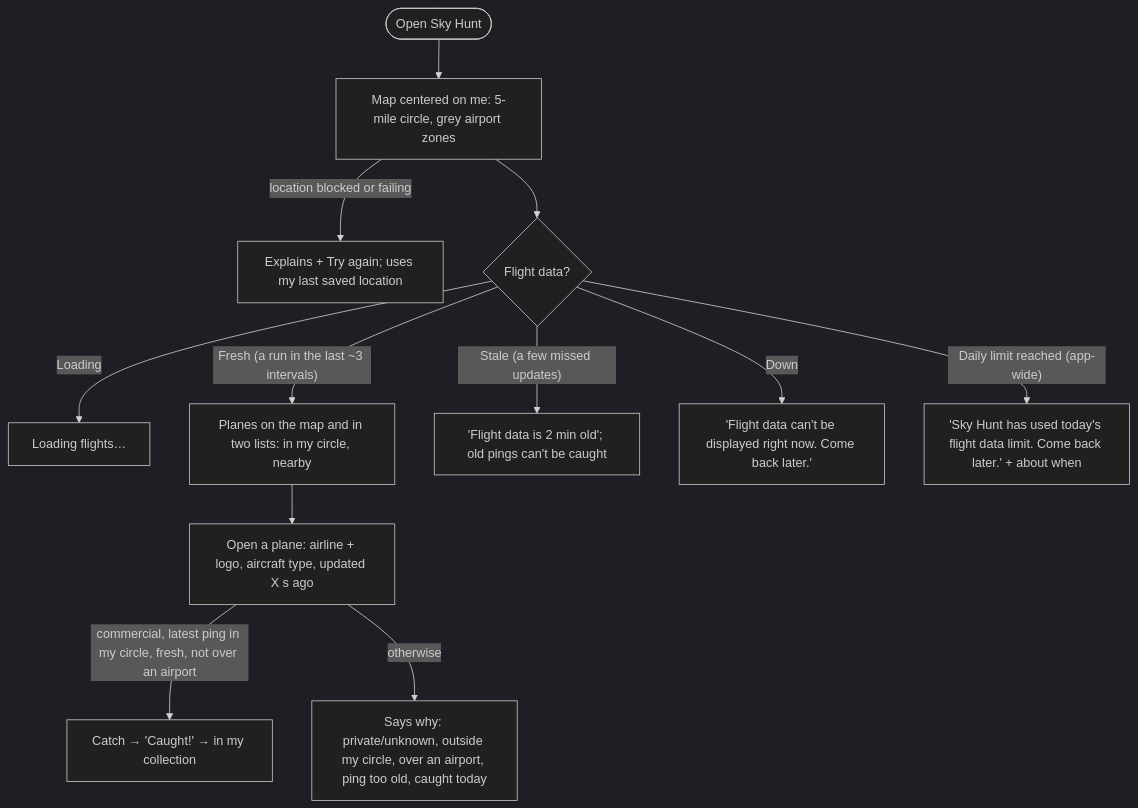
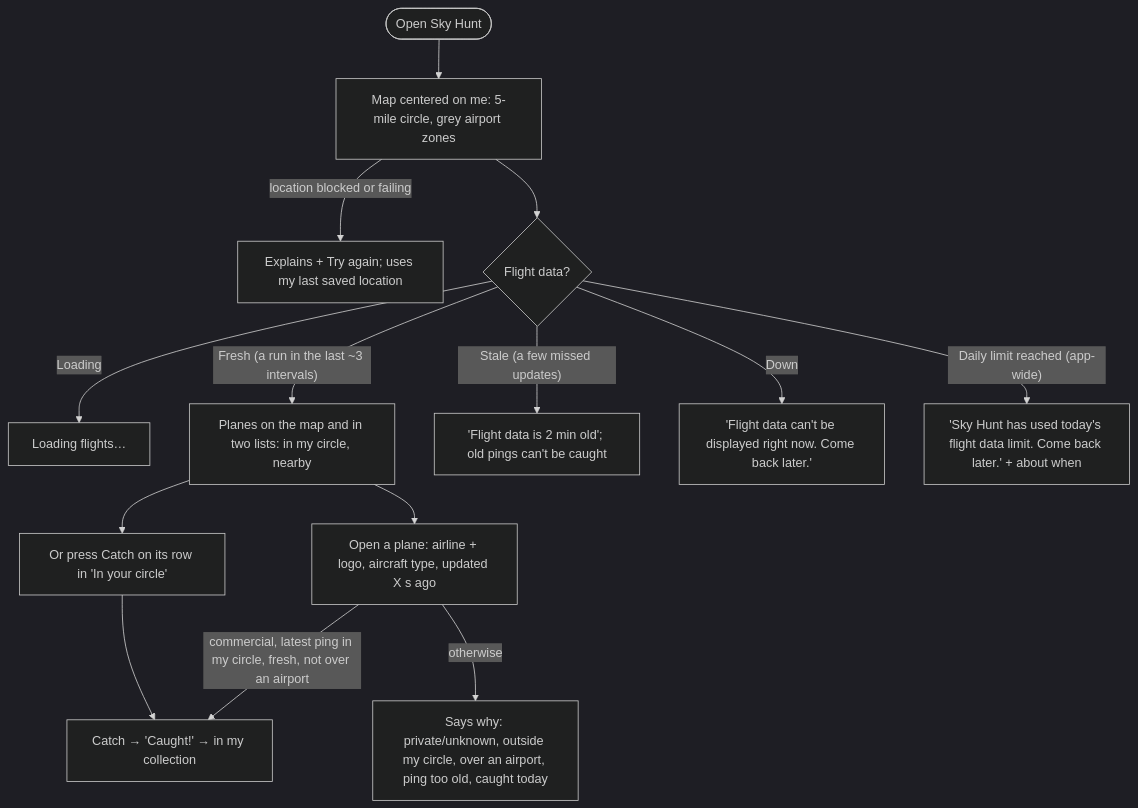
One commit to neilpandya01/hw5-dbs changed the second of 2 diagrams in flows.md. Above: the diagram before and after it, drawn with Mermaid (dark theme). The commit also changed other lines of this file and 2 other files, not shown here.

First line of the commit message:
Catch straight from the In your circle list; nearby list stays view-only

````diff
--- a/flows.md
+++ b/flows.md
@@ -39,14 +39,16 @@
 ```mermaid
 flowchart TD
   A([Open Sky Hunt]) --> R["Map centered on me: 5-mile circle, grey airport zones"]
   R -->|location blocked or failing| P["Explains + Try again; uses my last saved location"]
   R --> F{Flight data?}
   F -- "Loading" --> L["Loading flights…"]
   F -- "Fresh (a run in the last ~3 intervals)" --> M["Planes on the map and in two lists: in my circle, nearby"]
   F -- "Stale (a few missed updates)" --> S["'Flight data is 2 min old'; old pings can't be caught"]
   F -- "Down" --> D["'Flight data can't be displayed right now. Come back later.'"]
   F -- "Daily limit reached (app-wide)" --> X["'Sky Hunt has used today's flight data limit. Come back later.' + about when"]
   M --> O["Open a plane: airline + logo, aircraft type, updated X s ago"]
+  M --> Q["Or press Catch on its row in 'In your circle'"]
+  Q --> C
   O -->|commercial, latest ping in my circle, fresh, not over an airport| C["Catch → 'Caught!' → in my collection"]
   O -->|otherwise| W["Says why: private/unknown, outside my circle, over an airport, ping too old, caught today"]
 ```
````
